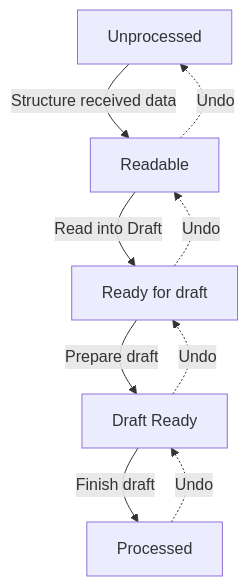
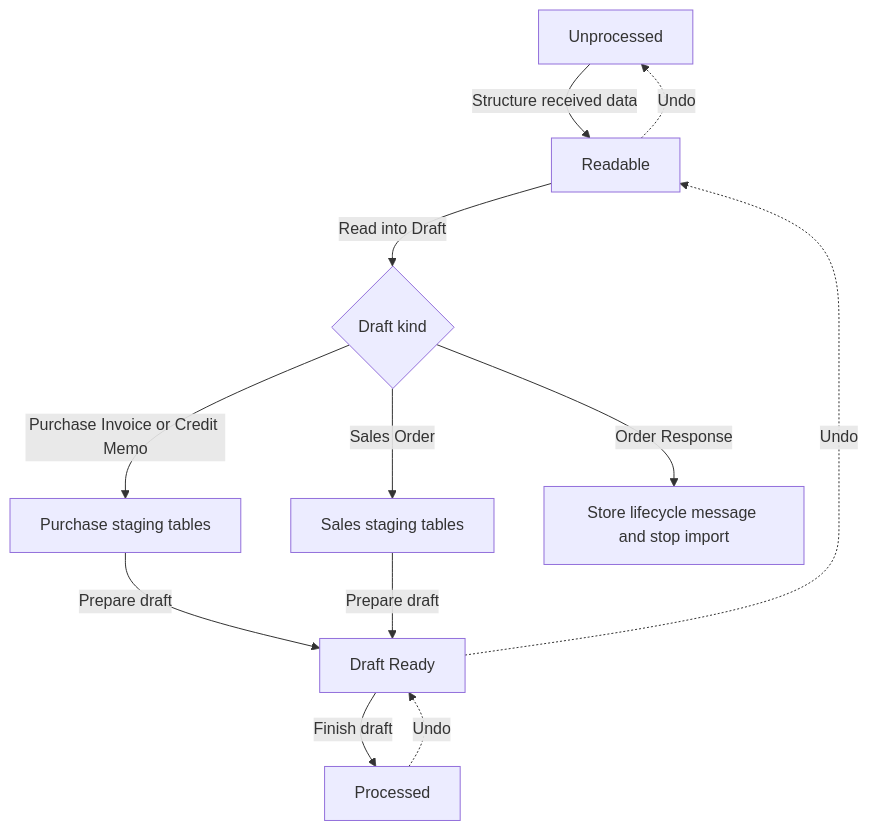
Before and after one commit to StefanMaron/MSDyn365BC.Sandbox.Code.History: the second of 3 diagrams in E-Document Core/docs/business-logic.md, drawn with Mermaid. The commit also changed other lines of this file and 407 other files, not shown here.

````diff
--- a/E-Document Core/docs/business-logic.md
+++ b/E-Document Core/docs/business-logic.md
@@ -68,11 +68,14 @@
 ```mermaid
 flowchart TD
     A[Unprocessed] -->|"Structure received data"| B[Readable]
-    B -->|"Read into Draft"| C["Ready for draft"]
-    C -->|"Prepare draft"| D["Draft Ready"]
-    D -->|"Finish draft"| E[Processed]
-    E -.->|Undo| D
-    D -.->|Undo| C
-    C -.->|Undo| B
+    B -->|"Read into Draft"| C{Draft kind}
+    C -->|Purchase Invoice or Credit Memo| D[Purchase staging tables]
+    C -->|Sales Order| E[Sales staging tables]
+    C -->|Order Response| F[Store lifecycle message and stop import]
+    D -->|"Prepare draft"| G["Draft Ready"]
+    E -->|"Prepare draft"| G
+    G -->|"Finish draft"| H[Processed]
+    H -.->|Undo| G
+    G -.->|Undo| B
     B -.->|Undo| A
 ```
````
